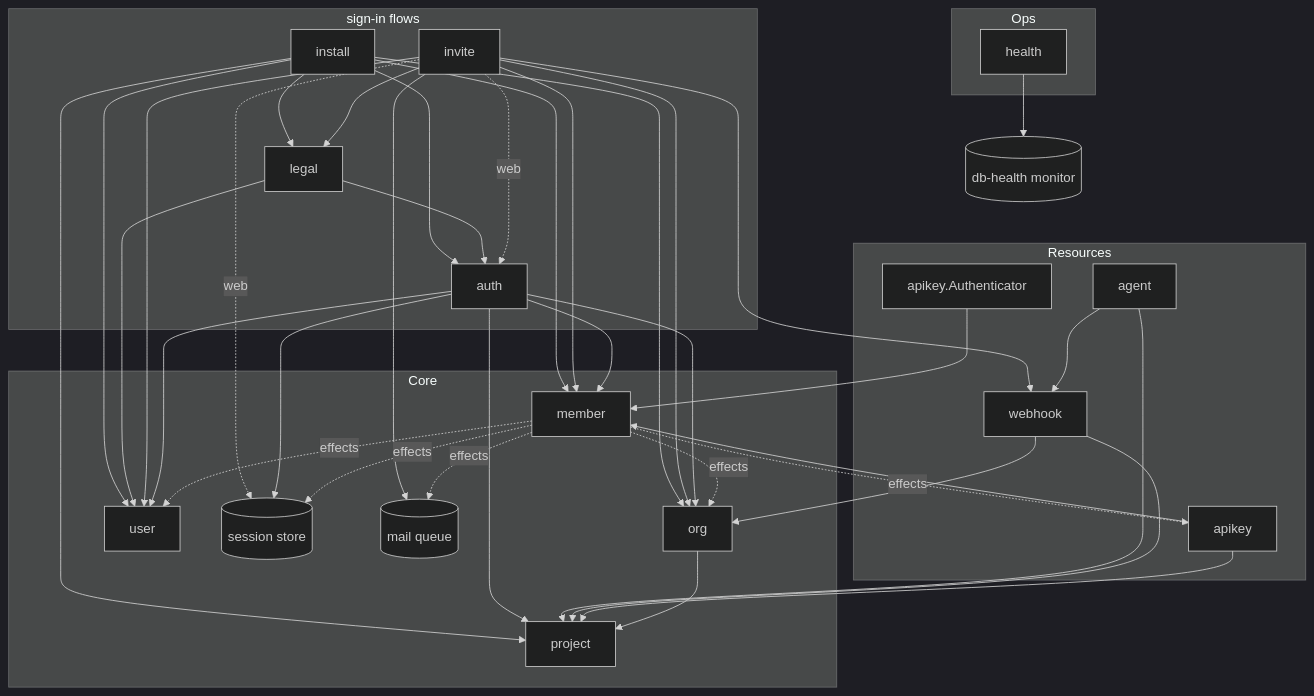
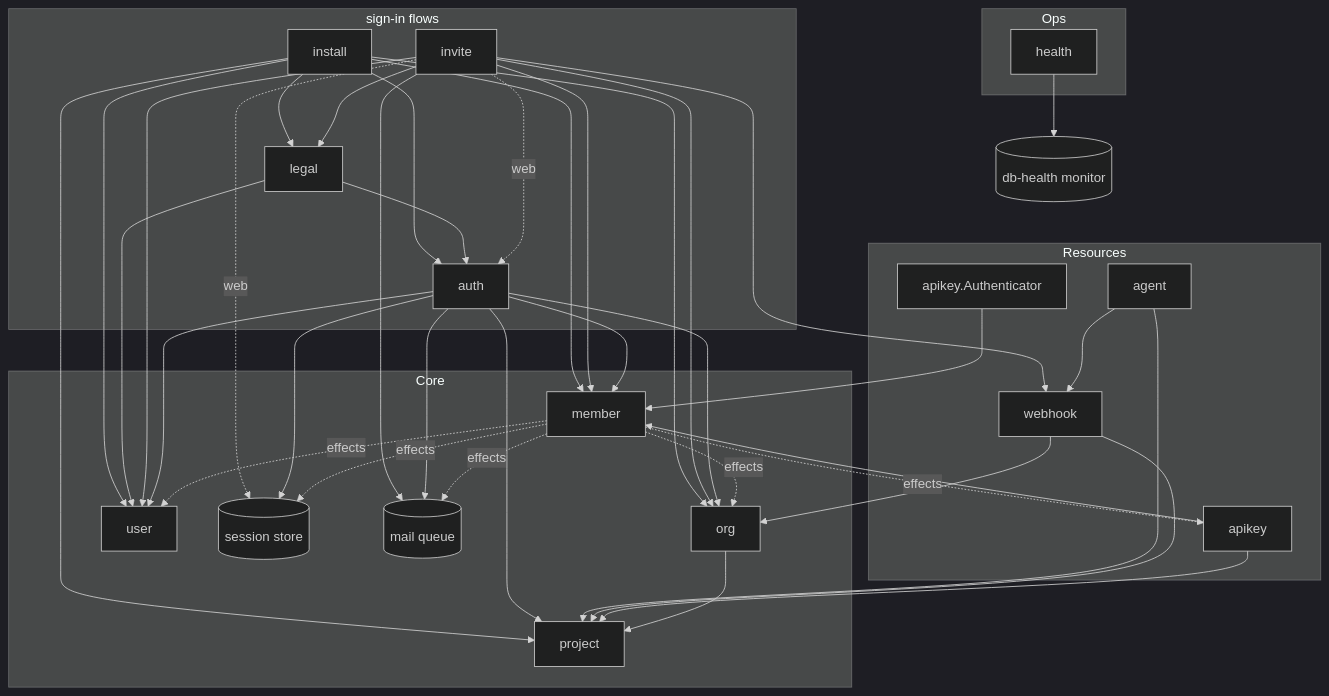
One commit to altalune-id/oagent changed the third of 3 diagrams in internal/boot/README.md. Above: the diagram before and after it, drawn with Mermaid (dark theme). The commit also changed other lines of this file and 51 other files, not shown here.

````diff
--- a/internal/boot/README.md
+++ b/internal/boot/README.md
@@ -107,44 +107,44 @@
 ```mermaid
 flowchart TD
     subgraph Flows["sign-in flows"]
         install
         legal
         auth
         invite
     end
     subgraph Ops
         health
     end
     subgraph Resources
         agent
         webhook
         apikey
         keyAuthn["apikey.Authenticator"]
     end
     subgraph Core
         org
         project
         member
         user
         sessions[(session store)]
         mailqueue[(mail queue)]
     end
 
     install --> auth
     legal --> auth
     install --> user & org & member & project & legal
     legal --> user
     invite --> member & user & org & mailqueue & webhook & legal
     invite -. web .-> auth & sessions
-    auth --> user & member & org & project & sessions
+    auth --> user & member & org & project & sessions & mailqueue
 
     agent --> webhook
     agent --> project
     webhook --> project & org
     apikey --> project & member
     keyAuthn --> member
     member -. effects .-> sessions & apikey & user & org & mailqueue
     health --> dbh[(db-health monitor)]
 
     org --> project
 ```
````
